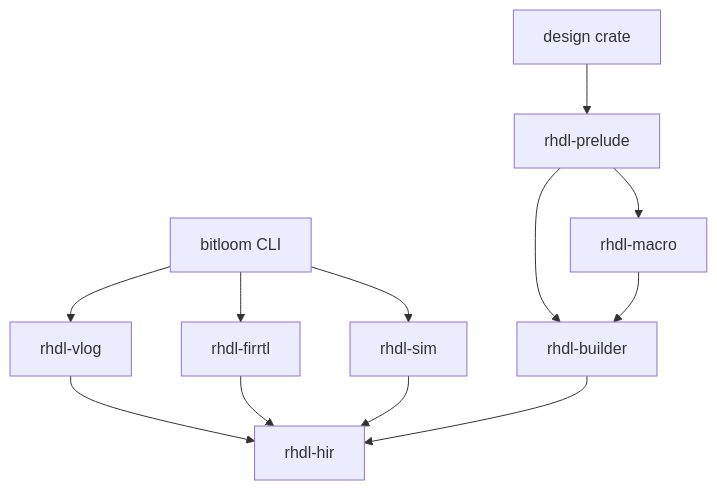
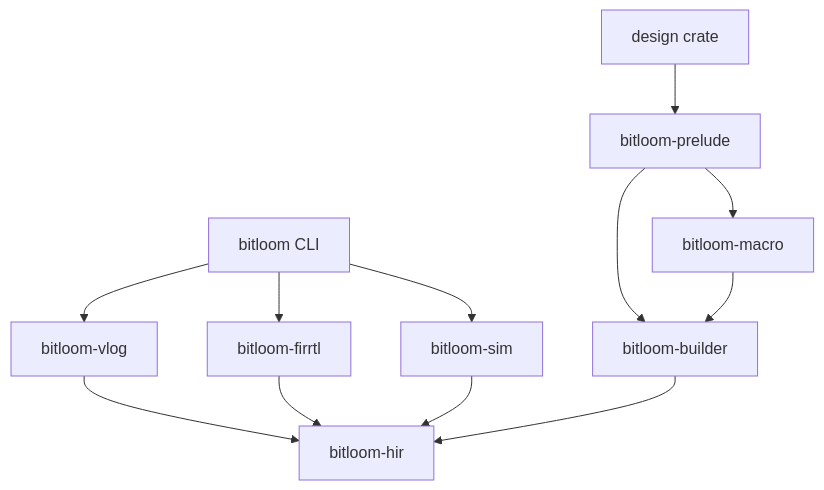
One commit to TangCan/bitloom changed the first of 2 diagrams in _agile-output/planning-artifacts/architecture/architecture-rhdl-2026-08-18/ARCHITECTURE-SPINE.md. Above: the diagram before and after it, drawn with Mermaid. The commit also changed other lines of this file and 5 other files, not shown here.

First line of the commit message:
Lock AD-2/6 design dependency to bitloom-prelude (Story 13.1).

````diff
--- a/_agile-output/planning-artifacts/architecture/architecture-rhdl-2026-08-18/ARCHITECTURE-SPINE.md
+++ b/_agile-output/planning-artifacts/architecture/architecture-rhdl-2026-08-18/ARCHITECTURE-SPINE.md
@@ -73,24 +74,24 @@
 ```mermaid
 flowchart TB
   CLI[bitloom CLI]
-  VLOG[rhdl-vlog]
-  FIR[rhdl-firrtl]
-  SIM[rhdl-sim]
-  HIR[rhdl-hir]
-  PRE[rhdl-prelude]
-  BLD[rhdl-builder]
-  MAC[rhdl-macro]
+  VLOG[bitloom-vlog]
+  FIR[bitloom-firrtl]
+  SIM[bitloom-sim]
+  HIR[bitloom-hir]
+  PRE[bitloom-prelude]
+  BLD[bitloom-builder]
+  MAC[bitloom-macro]
   DES[design crate]
 
   CLI --> VLOG
   CLI --> FIR
   CLI --> SIM
   VLOG --> HIR
   FIR --> HIR
   SIM --> HIR
   PRE --> BLD
   PRE --> MAC
   BLD --> HIR
   MAC --> BLD
   DES --> PRE
 ```
````
